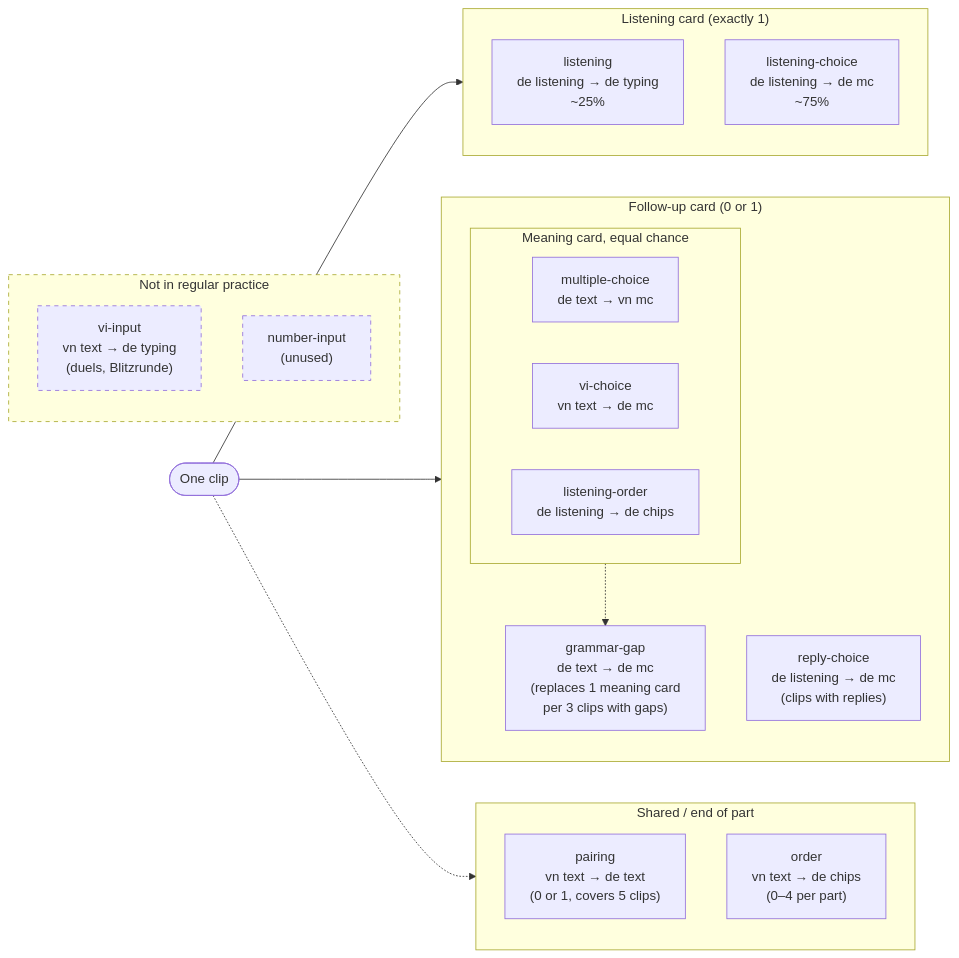
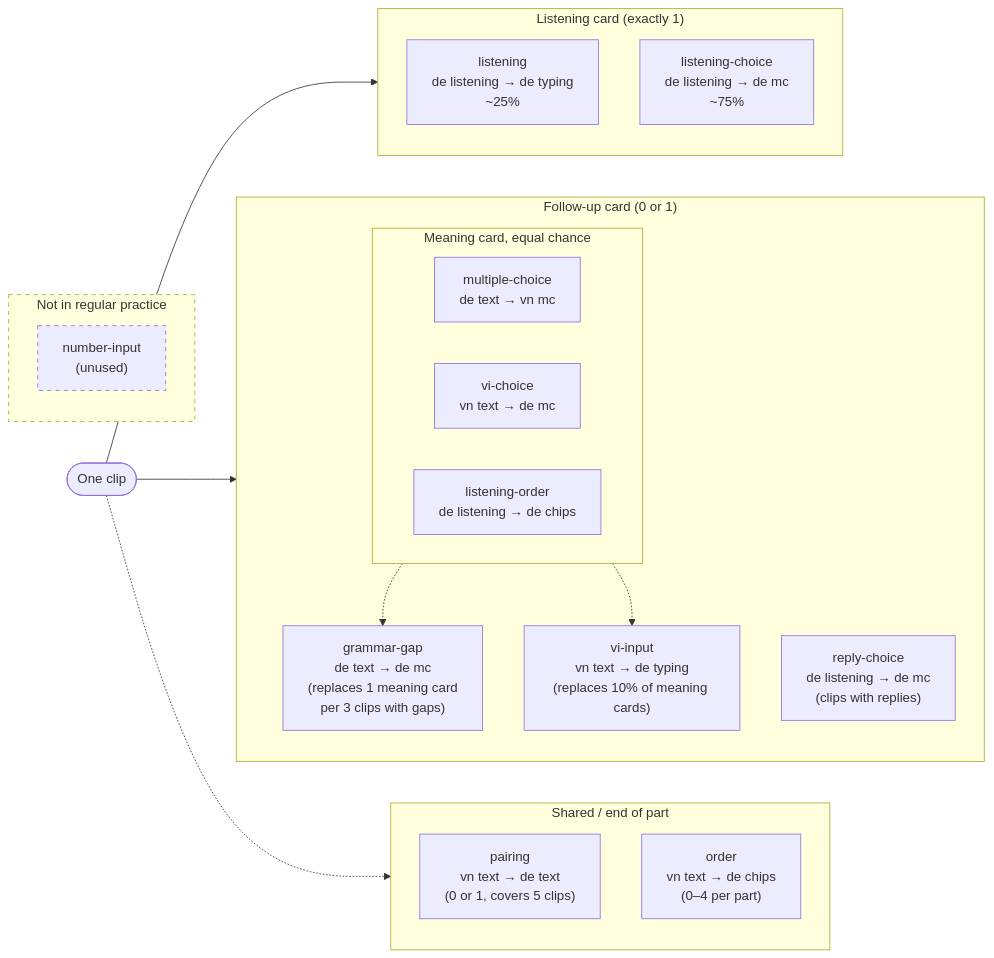
The first of 4 diagrams in docs/PRACTICE_CARDS.md (BienNg/nanu-academy-hoeren), drawn with Mermaid before and after one commit. The commit also changed other lines of this file and 2 other files, not shown here.

First line of the commit message:
Update Practice Cards Documentation and Logic for vi-input Card

````diff
--- a/docs/PRACTICE_CARDS.md
+++ b/docs/PRACTICE_CARDS.md
@@ -36,42 +36,42 @@
 ```mermaid
 flowchart LR
   clip(["One clip"])
 
   subgraph L["Listening card (exactly 1)"]
     direction TB
     listening["listening<br/>de listening → de typing<br/>~25%"]
     lchoice["listening-choice<br/>de listening → de mc<br/>~75%"]
   end
 
   subgraph M["Follow-up card (0 or 1)"]
     direction TB
     reply["reply-choice<br/>de listening → de mc<br/>(clips with replies)"]
     subgraph MD["Meaning card, equal chance"]
       mc["multiple-choice<br/>de text → vn mc"]
       vi["vi-choice<br/>vn text → de mc"]
       lorder["listening-order<br/>de listening → de chips"]
     end
+    viin["vi-input<br/>vn text → de typing<br/>(replaces 10% of meaning cards)"]
     gap["grammar-gap<br/>de text → de mc<br/>(replaces 1 meaning card<br/>per 3 clips with gaps)"]
   end
 
   subgraph S["Shared / end of part"]
     direction TB
     pairing["pairing<br/>vn text → de text<br/>(0 or 1, covers 5 clips)"]
     order["order<br/>vn text → de chips<br/>(0–4 per part)"]
   end
 
   subgraph X["Not in regular practice"]
     direction TB
-    viinput["vi-input<br/>vn text → de typing<br/>(duels, Blitzrunde)"]
     num["number-input<br/>(unused)"]
   end
 
   clip --> L
   clip --> M
   clip -.-> S
   MD -.-> gap
+  MD -.-> viin
 
   style X stroke-dasharray: 5 5
-  style viinput stroke-dasharray: 5 5
   style num stroke-dasharray: 5 5
 ```
````
